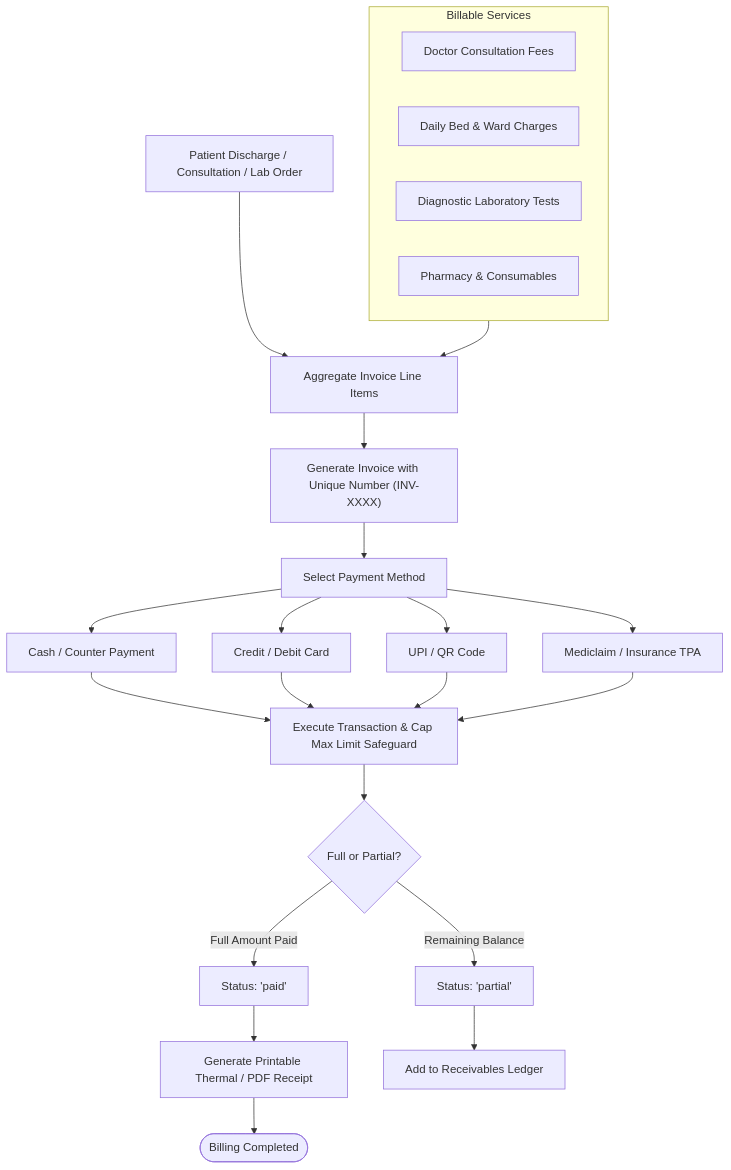
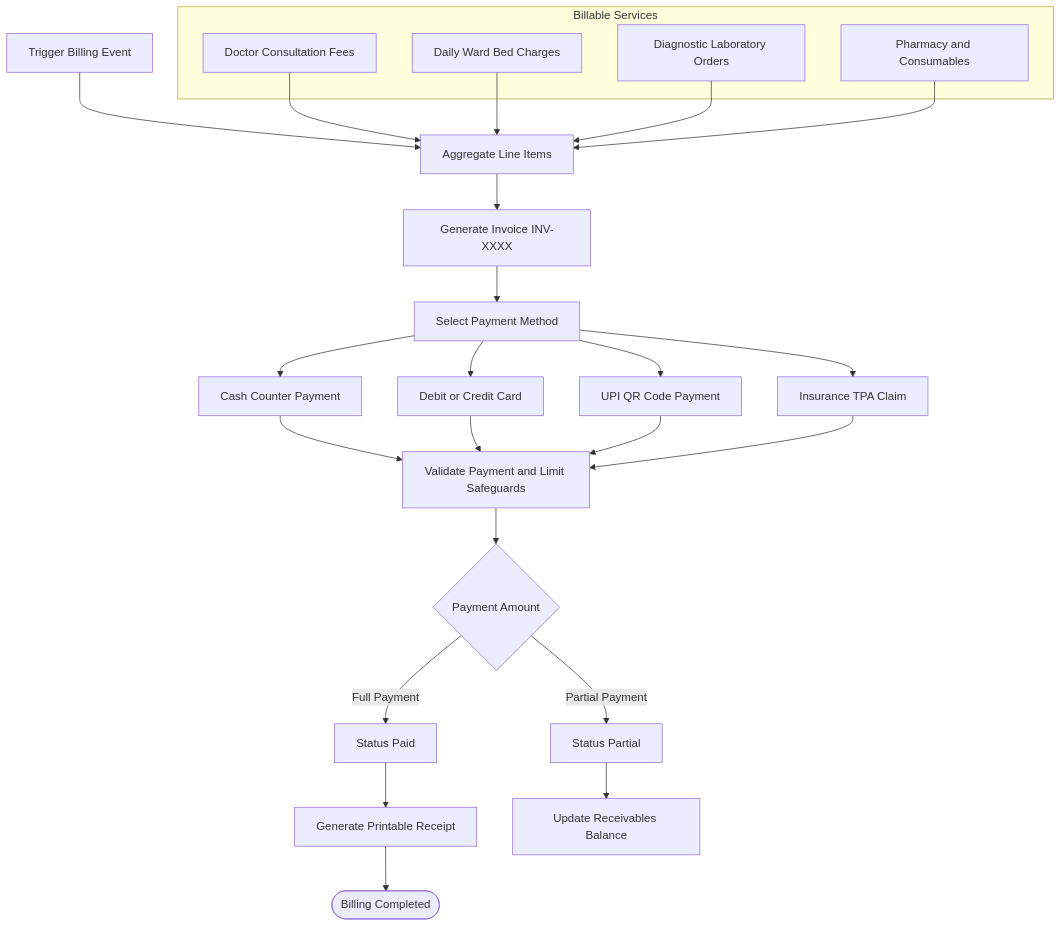
The seventh of 7 diagrams in README.md (ThummarDarshan/HMS_AI), drawn with Mermaid before and after one commit. The commit also changed other lines of this file, not shown here.

Commit message:
fix(docs): resolve GitHub Mermaid rendering errors by fixing subgraph connections, critical blocks, and ER pipe characters

````diff
--- a/README.md
+++ b/README.md
@@ -367,30 +357,37 @@
 ```mermaid
 flowchart TD
-    Trig["Patient Discharge / Consultation / Lab Order"] --> Agg["Aggregate Invoice Line Items"]
+    StartBilling[Trigger Billing Event] --> Agg[Aggregate Line Items]
     
-    subgraph BillableServices["Billable Services"]
-        S1["Doctor Consultation Fees"]
-        S2["Daily Bed & Ward Charges"]
-        S3["Diagnostic Laboratory Tests"]
-        S4["Pharmacy & Consumables"]
+    subgraph Services[Billable Services]
+        S1[Doctor Consultation Fees]
+        S2[Daily Ward Bed Charges]
+        S3[Diagnostic Laboratory Orders]
+        S4[Pharmacy and Consumables]
     end
-    
-    BillableServices --> Agg
-    Agg --> Gen["Generate Invoice with Unique Number (INV-XXXX)"]
-    Gen --> Select["Select Payment Method"]
-    
-    Select --> M1["Cash / Counter Payment"]
-    Select --> M2["Credit / Debit Card"]
-    Select --> M3["UPI / QR Code"]
-    Select --> M4["Mediclaim / Insurance TPA"]
-    
-    M1 & M2 & M3 & M4 --> Exec["Execute Transaction & Cap Max Limit Safeguard"]
-    Exec --> Validate{"Full or Partial?"}
-    
-    Validate -- Full Amount Paid --> StatusPaid["Status: 'paid'"]
-    Validate -- Remaining Balance --> StatusPartial["Status: 'partial'"]
-    
-    StatusPaid --> Receipt["Generate Printable Thermal / PDF Receipt"]
-    StatusPartial --> FollowUp["Add to Receivables Ledger"]
-    Receipt --> Done(["Billing Completed"])
+
+    S1 --> Agg
+    S2 --> Agg
+    S3 --> Agg
+    S4 --> Agg
+
+    Agg --> Gen[Generate Invoice INV-XXXX]
+    Gen --> Select[Select Payment Method]
+
+    Select --> M1[Cash Counter Payment]
+    Select --> M2[Debit or Credit Card]
+    Select --> M3[UPI QR Code Payment]
+    Select --> M4[Insurance TPA Claim]
+
+    M1 --> Process[Validate Payment and Limit Safeguards]
+    M2 --> Process
+    M3 --> Process
+    M4 --> Process
+
+    Process --> Check{Payment Amount}
+    Check -->|Full Payment| Paid[Status Paid]
+    Check -->|Partial Payment| Partial[Status Partial]
+
+    Paid --> Receipt[Generate Printable Receipt]
+    Partial --> Ledger[Update Receivables Balance]
+    Receipt --> Complete([Billing Completed])
 ```
````
